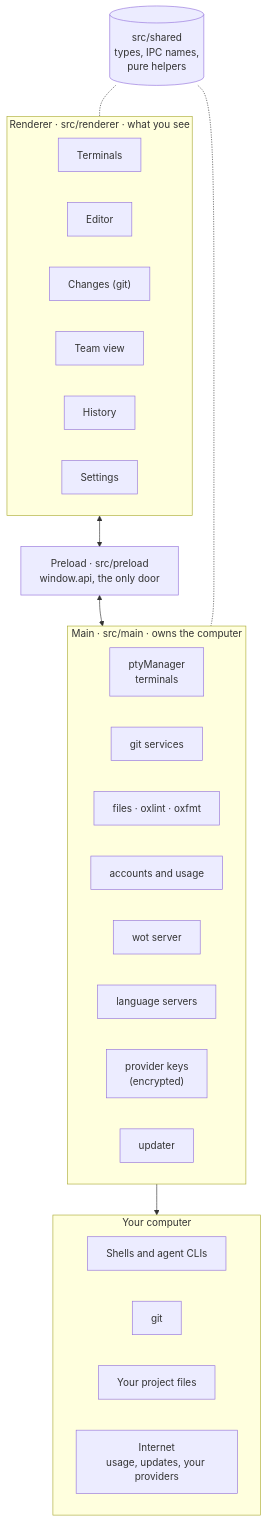
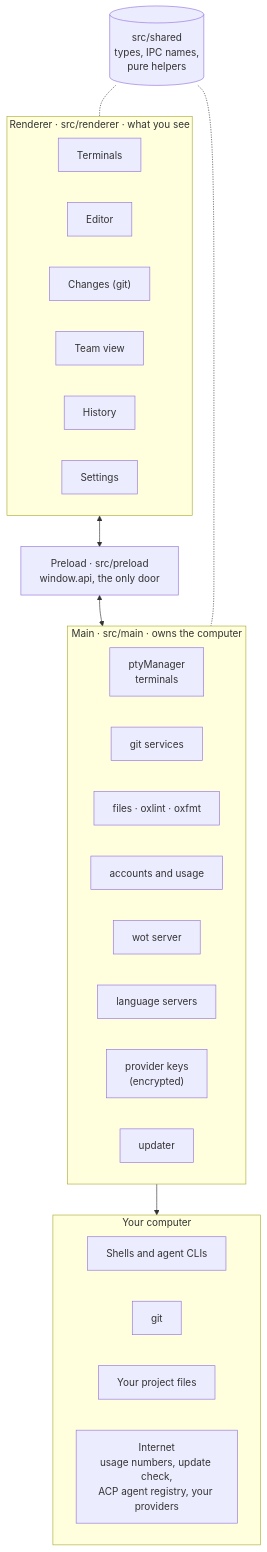
The first of 9 diagrams in docs/ARCHITECTURE.md (Lio3307/O-Bros), drawn with Mermaid before and after one commit. The commit also changed other lines of this file, not shown here.

First line of the commit message:
Explain the architecture with diagrams

````diff
--- a/docs/ARCHITECTURE.md
+++ b/docs/ARCHITECTURE.md
@@ -7,41 +7,41 @@
 ```mermaid
 flowchart TB
     subgraph R["Renderer · src/renderer · what you see"]
         direction LR
         RT["Terminals"]
         RE["Editor"]
         RC["Changes (git)"]
         RTeam["Team view"]
         RH["History"]
         RS["Settings"]
     end
 
     P["Preload · src/preload<br/>window.api, the only door"]
 
     subgraph M["Main · src/main · owns the computer"]
         direction LR
         MP["ptyManager<br/>terminals"]
         MG["git services"]
         MF["files · oxlint · oxfmt"]
         MA["accounts and usage"]
         MW["wot server"]
         ML["language servers"]
         MK["provider keys<br/>(encrypted)"]
         MU["updater"]
     end
 
     subgraph OS["Your computer"]
         direction LR
         A["Shells and agent CLIs"]
         G["git"]
         F["Your project files"]
-        N["Internet<br/>usage, updates, your providers"]
+        N["Internet<br/>usage numbers, update check,<br/>ACP agent registry, your providers"]
     end
 
     S[("src/shared<br/>types, IPC names,<br/>pure helpers")]
 
     R <--> P <--> M
     M --> OS
     S -.- R
     S -.- M
 ```
````
